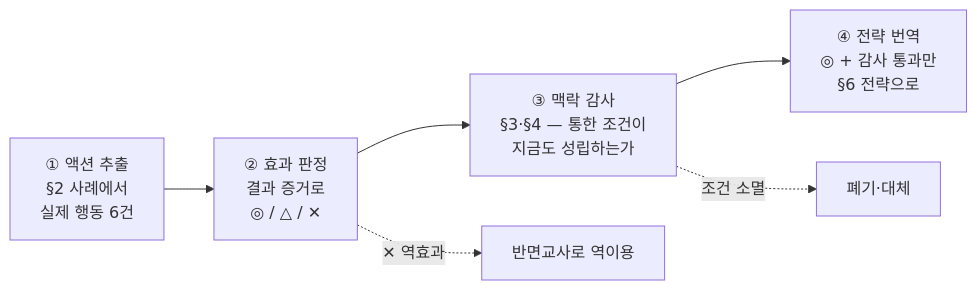
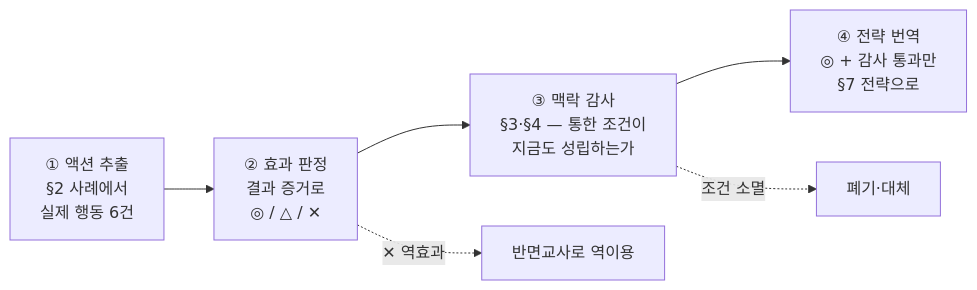
One commit to k31001/action-learning changed the second of 3 diagrams in wiki/storyline/storyline-cmo.md. Above: the diagram before and after it, drawn with Mermaid. The commit also changed other lines of this file and 6 other files, not shown here.

````diff
--- a/wiki/storyline/storyline-cmo.md
+++ b/wiki/storyline/storyline-cmo.md
@@ -104,8 +104,8 @@
 ```mermaid
 flowchart LR
     S1["① 액션 추출<br/>§2 사례에서<br/>실제 행동 6건"] --> S2["② 효과 판정<br/>결과 증거로<br/>◎ / △ / ✕"]
     S2 --> S3["③ 맥락 감사<br/>§3·§4 — 통한 조건이<br/>지금도 성립하는가"]
-    S3 --> S4["④ 전략 번역<br/>◎ + 감사 통과만<br/>§6 전략으로"]
+    S3 --> S4["④ 전략 번역<br/>◎ + 감사 통과만<br/>§7 전략으로"]
     S3 -.->|"조건 소멸"| X1["폐기·대체"]
     S2 -.->|"✕ 역효과"| X2["반면교사로 역이용"]
 ```
````
